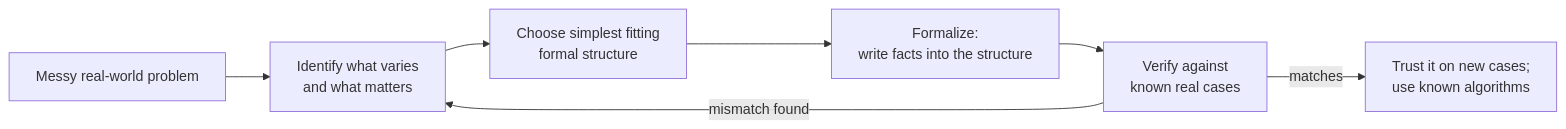
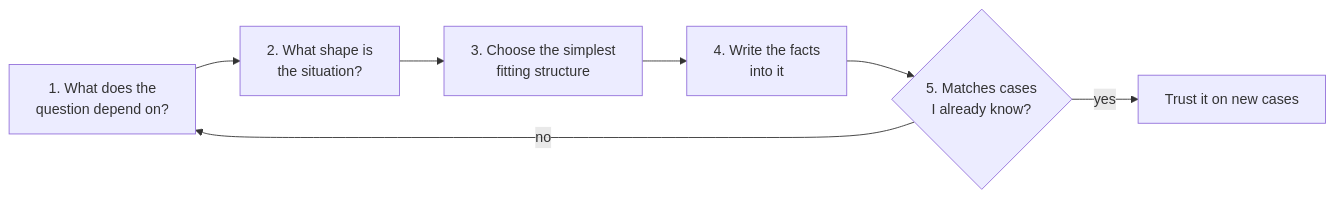
One commit to francoandreDev/knowledge changed the third of 3 diagrams in src/content/logic/abstraction/L2-concept.mdx. Above: the diagram before and after it, drawn with Mermaid. The commit also changed other lines of this file and 3 other files, not shown here.

````diff
--- a/src/content/logic/abstraction/L2-concept.mdx
+++ b/src/content/logic/abstraction/L2-concept.mdx
@@ -95,9 +112,9 @@
 ```mermaid
 flowchart LR
-    A[Messy real-world problem] --> B[Identify what varies<br/>and what matters]
-    B --> C[Choose simplest fitting<br/>formal structure]
-    C --> D[Formalize:<br/>write facts into the structure]
-    D --> E[Verify against<br/>known real cases]
-    E -->|mismatch found| B
-    E -->|matches| F[Trust it on new cases;<br/>use known algorithms]
+    A["1. What does the<br/>question depend on?"] --> B["2. What shape is<br/>the situation?"]
+    B --> C["3. Choose the simplest<br/>fitting structure"]
+    C --> D["4. Write the facts<br/>into it"]
+    D --> E{"5. Matches cases<br/>I already know?"}
+    E -- "no" --> A
+    E -- "yes" --> F["Trust it on new cases"]
 ```
````
